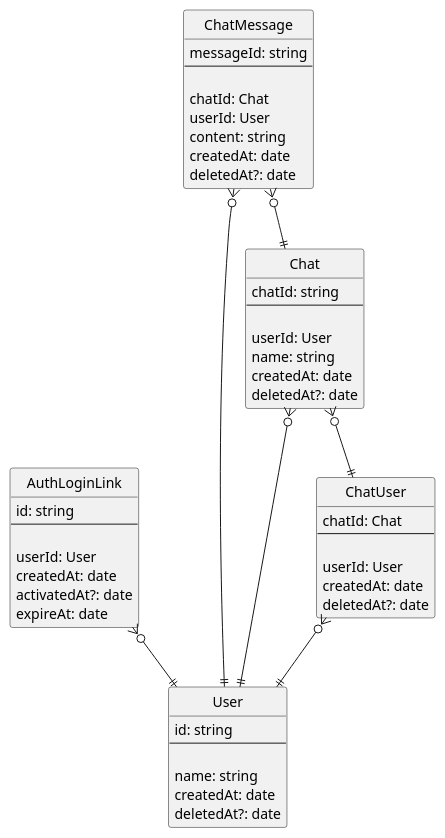
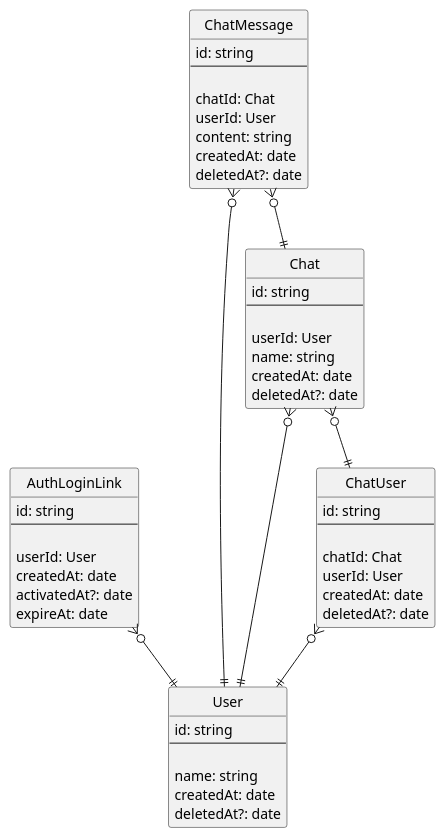
The diagram in doc/domain/domain.plantuml (AlekseyBabich/support-chat), drawn with PlantUML before and after one commit. The commit also changed 13 other files, not shown here.

```diff
--- a/doc/domain/domain.plantuml
+++ b/doc/domain/domain.plantuml
@@ -1,63 +1,64 @@
 @startuml
 
 ' hide "E" circle
 hide circle
 
 ' straight arrows
 ' skinparam linetype ortho
 entity User {
   id: string
   --
 
   name: string
   createdAt: date
   deletedAt?: date
 }
 
 entity AuthLoginLink {
   id: string
   --
 
   userId: User
   createdAt: date
   activatedAt?: date
   expireAt: date
 }
 AuthLoginLink }o--|| User
 
 entity Chat {
-  chatId: string
+  id: string
   --
 
   userId: User
   name: string
   createdAt: date
   deletedAt?: date
 }
 Chat }o--|| User
 
 entity ChatUser {
-  chatId: Chat
+  id: string
   --
 
+  chatId: Chat
   userId: User
   createdAt: date
   deletedAt?: date
 }
 ChatUser }o--|| User
 Chat }o--|| ChatUser
 
 entity ChatMessage {
-  messageId: string
+  id: string
   --
 
   chatId: Chat
   userId: User
   content: string
   createdAt: date
   deletedAt?: date
 }
 ChatMessage }o--|| User
 ChatMessage }o--|| Chat
 
 @enduml
```
